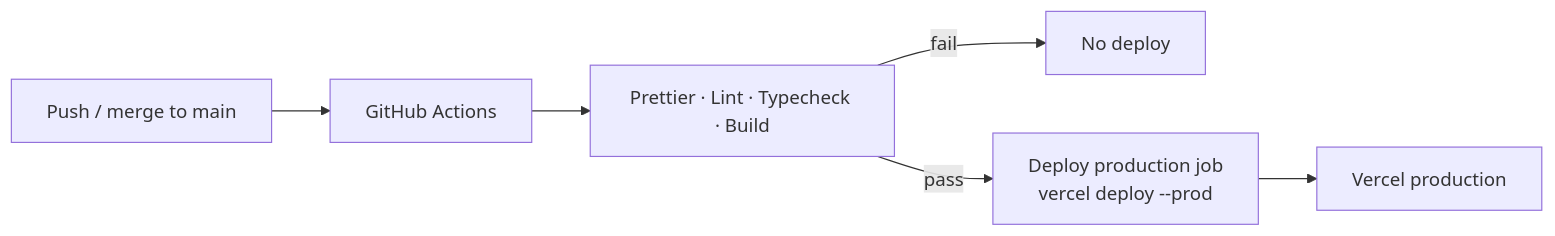
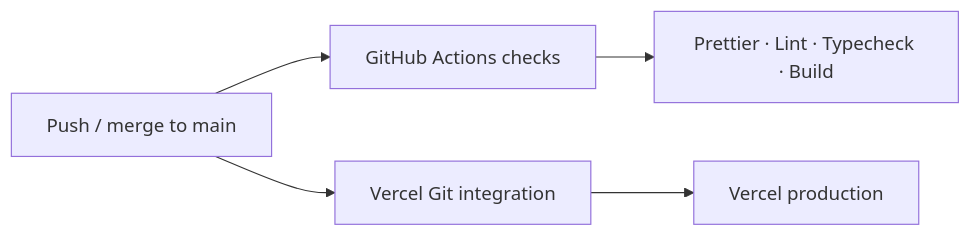
One commit to Lancerhawk/Hearth changed the sixth of 6 diagrams in README.md. Above: the diagram before and after it, drawn with Mermaid. The commit also changed other lines of this file and 2 other files, not shown here.

Commit message:
ci: deploy via Vercel Git instead of Actions token

````diff
--- a/README.md
+++ b/README.md
@@ -196,8 +196,7 @@
 ```mermaid
 flowchart LR
-  Push[Push / merge to main] --> CI[GitHub Actions]
+  Push[Push / merge to main] --> CI[GitHub Actions checks]
+  Push --> VercelGit[Vercel Git integration]
   CI --> Checks["Prettier · Lint · Typecheck · Build"]
-  Checks -->|fail| Stop[No deploy]
-  Checks -->|pass| Deploy[Deploy production job<br/>vercel deploy --prod]
-  Deploy --> Vercel[Vercel production]
+  VercelGit --> Prod[Vercel production]
 ```
````
